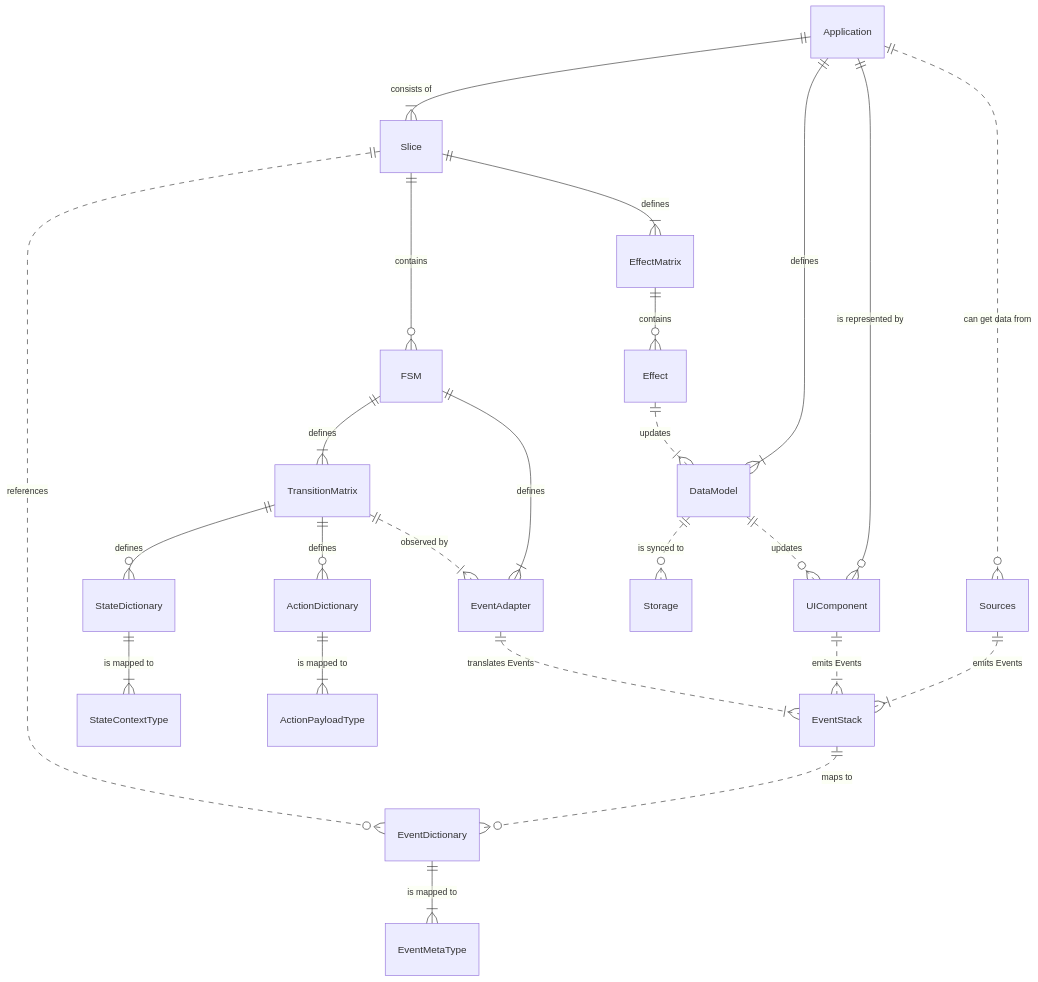
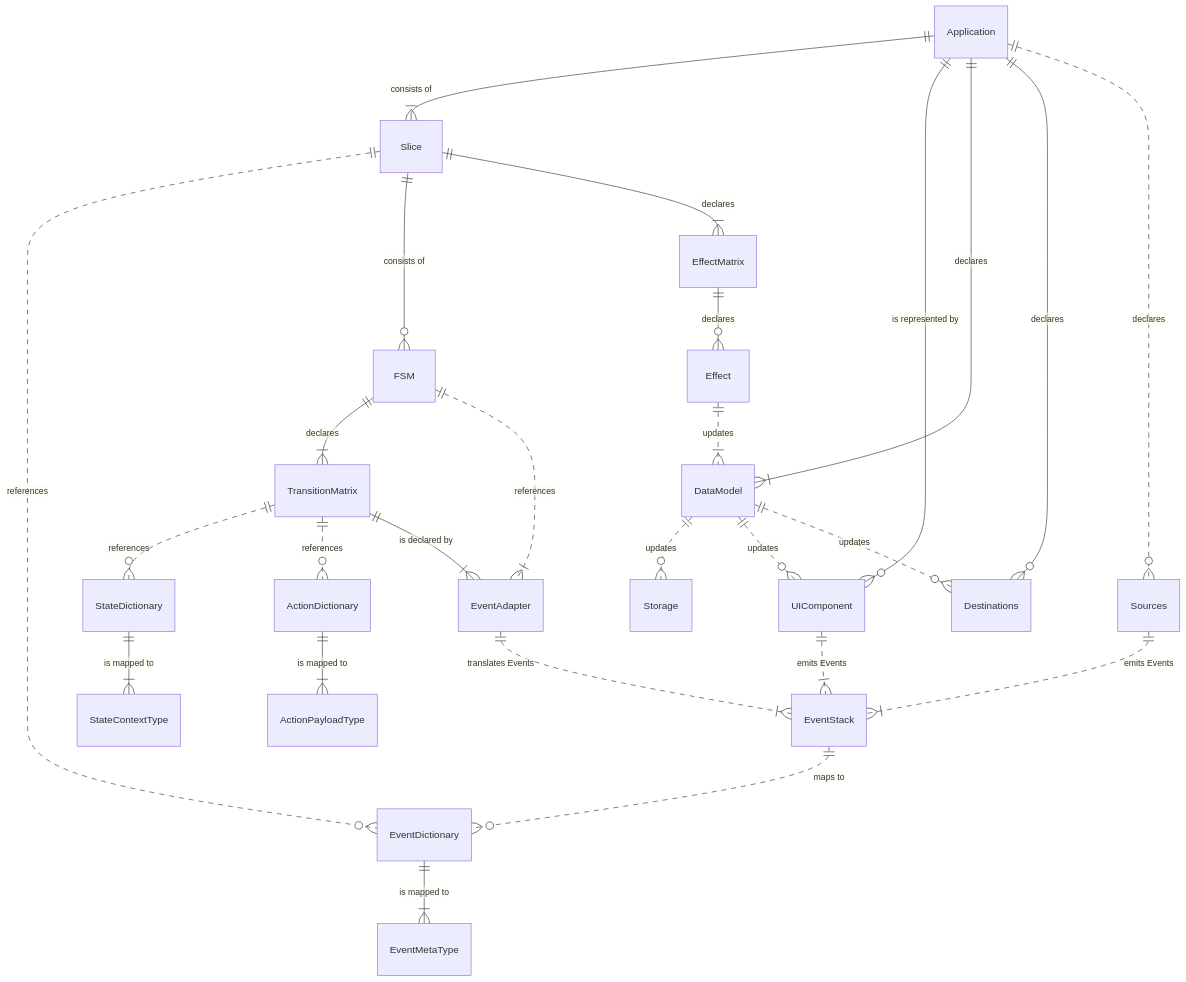
One commit to tfcp68/yantrix changed the first of 2 diagrams in README.md. Above: the diagram before and after it, drawn with Mermaid.

````diff
--- a/README.md
+++ b/README.md
@@ -33,27 +33,28 @@
 ```mermaid
 erDiagram
-    DataModel ||..o{ Storage: "is synced to"    
+    DataModel ||..o{ Storage: "updates"    
     DataModel ||..o{ UIComponent: "updates"
     UIComponent ||..|{ EventStack: "emits Events"
     StateDictionary ||--|{ StateContextType: "is mapped to"
     ActionDictionary ||--|{ ActionPayloadType: "is mapped to"
     EventDictionary ||--|{ EventMetaType: "is mapped to"
-    TransitionMatrix ||--o{ StateDictionary: defines
-    TransitionMatrix ||--o{ ActionDictionary: defines
-    TransitionMatrix ||..|{ EventAdapter : "observed by"
+    TransitionMatrix ||..o{ StateDictionary: references
+    TransitionMatrix ||..o{ ActionDictionary: references
+    TransitionMatrix ||--|{ EventAdapter : "is declared by"
     EventStack ||..o{ EventDictionary: "maps to"
-    FSM ||--|{ TransitionMatrix: defines
-    FSM ||--|{ EventAdapter: defines
+    FSM ||--|{ TransitionMatrix: declares
+    FSM ||..|{ EventAdapter: references
     Slice ||..o{ EventDictionary: references
-    Slice ||--o{ FSM: contains
-    Slice ||--|{ EffectMatrix: defines
+    Slice ||--o{ FSM: "consists of"
+    Slice ||--|{ EffectMatrix: declares
     Effect ||..|{ DataModel: updates
-    EffectMatrix ||--o{ Effect: contains
+    EffectMatrix ||--o{ Effect: declares
     Application ||--|{ Slice: "consists of"
-    Application ||--|{ DataModel: defines
     Application ||--o{ UIComponent: "is represented by"       
+    Application ||--|{ DataModel: declares
+    DataModel ||..o{ Destinations: updates
+    Application ||--o{ Destinations: declares
     EventAdapter ||..|{ EventStack: "translates Events"
     Sources ||..|{ EventStack: "emits Events"
-    Application ||..o{ Sources: "can get data from"
-    
+    Application ||..o{ Sources: "declares"
 ```
````
